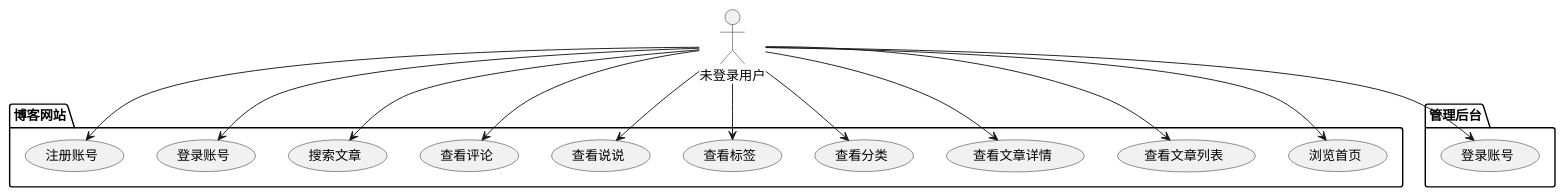
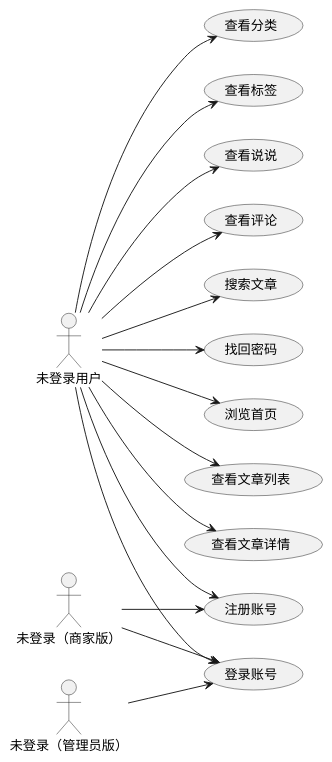
One commit to yello-rush/-springvue- changed the first of 3 diagrams in 系统分析.md. Above: the diagram before and after it, drawn with PlantUML.

Commit message:
feat: 项目代码总结分析

````diff
--- a/系统分析.md
+++ b/系统分析.md
@@ -140,42 +140,43 @@
 ```plantuml
 @startuml
-' 垂直布局
-top to bottom direction
+' 水平布局
+left to right direction
 
 ' 角色定义
 actor "未登录用户" as Actor1
+actor "未登录（商家版）" as Actor2
+actor "未登录（管理员版）" as Actor3
 
-' 博客网站用例
-package "博客网站" {
-  usecase "浏览首页" as UC1
-  usecase "查看文章列表" as UC2
-  usecase "查看文章详情" as UC3
-  usecase "查看分类" as UC4
-  usecase "查看标签" as UC5
-  usecase "查看说说" as UC6
-  usecase "查看评论" as UC7
-  usecase "搜索文章" as UC8
-  usecase "登录账号" as UC9
-  usecase "注册账号" as UC10
-}
-
-' 管理后台用例
-package "管理后台" {
-  usecase "登录账号" as UC11
-}
+' 客户版用例
+usecase "浏览首页" as UC1
+usecase "查看文章列表" as UC2
+usecase "查看文章详情" as UC3
+usecase "查看分类" as UC4
+usecase "查看标签" as UC5
+usecase "查看说说" as UC6
+usecase "查看评论" as UC7
+usecase "搜索文章" as UC8
+usecase "注册账号" as UC9
+usecase "登录账号" as UC10
+usecase "找回密码" as UC11
 
 ' 关系定义
 Actor1 --> UC1
 Actor1 --> UC2
 Actor1 --> UC3
 Actor1 --> UC4
 Actor1 --> UC5
 Actor1 --> UC6
 Actor1 --> UC7
 Actor1 --> UC8
 Actor1 --> UC9
 Actor1 --> UC10
 Actor1 --> UC11
 
+Actor2 --> UC9
+Actor2 --> UC10
+
+Actor3 --> UC10
+
 @enduml
 ```
````
